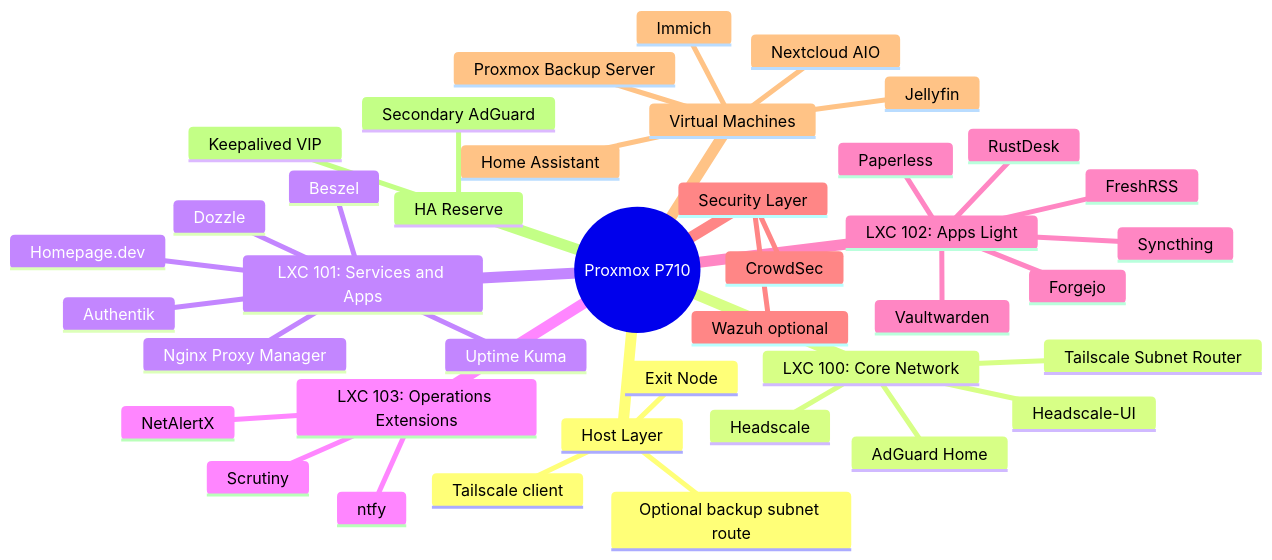
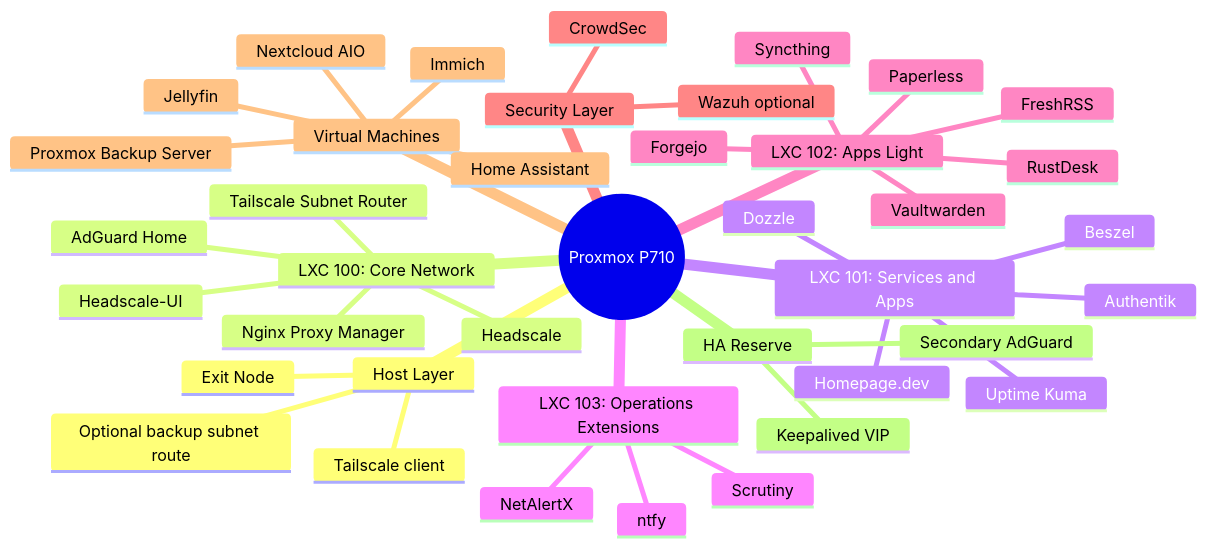
One commit to Mohamed-DN/Sovereign-Homelab changed the second of 2 diagrams in docs/00_overview/infrastructure_plan_and_map.md. Above: the diagram before and after it, drawn with Mermaid. The commit also changed other lines of this file and 22 other files, not shown here.

````diff
--- a/docs/00_overview/infrastructure_plan_and_map.md
+++ b/docs/00_overview/infrastructure_plan_and_map.md
@@ -42,43 +42,43 @@
 ```mermaid
 mindmap
   root((Proxmox P710))
     Host Layer
       Tailscale client
       Exit Node
       Optional backup subnet route
     LXC 100: Core Network
       AdGuard Home
+      Nginx Proxy Manager
       Headscale
       Headscale-UI
       Tailscale Subnet Router
     LXC 101: Services and Apps
-      Nginx Proxy Manager
       Authentik
       Homepage.dev
       Uptime Kuma
       Beszel
       Dozzle
     LXC 103: Operations Extensions
       NetAlertX
       Scrutiny
       ntfy
     LXC 102: Apps Light
       Vaultwarden
       Syncthing
       Paperless
       FreshRSS
       Forgejo
       RustDesk
     Security Layer
       CrowdSec
       Wazuh optional
     Virtual Machines
       Proxmox Backup Server
       Immich
       Nextcloud AIO
       Home Assistant
       Jellyfin
     HA Reserve
       Secondary AdGuard
       Keepalived VIP
 ```
````
